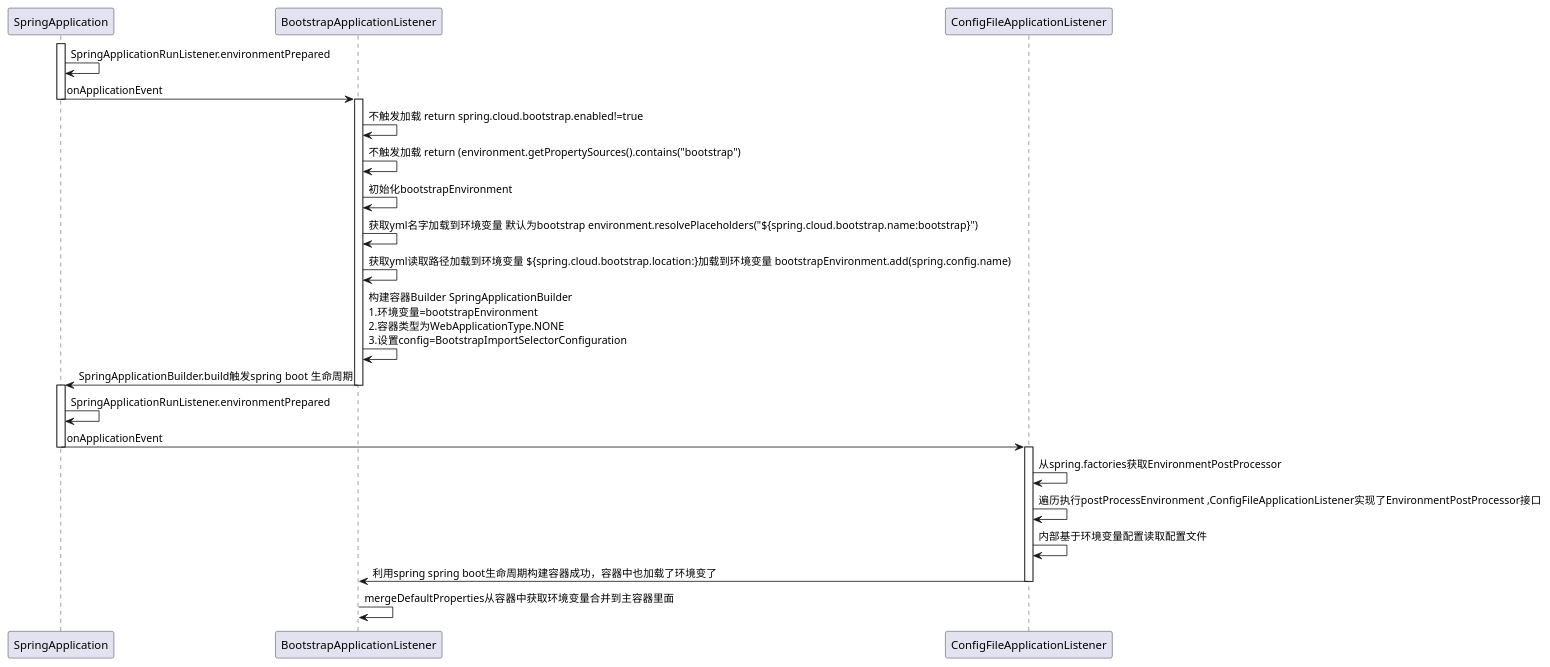
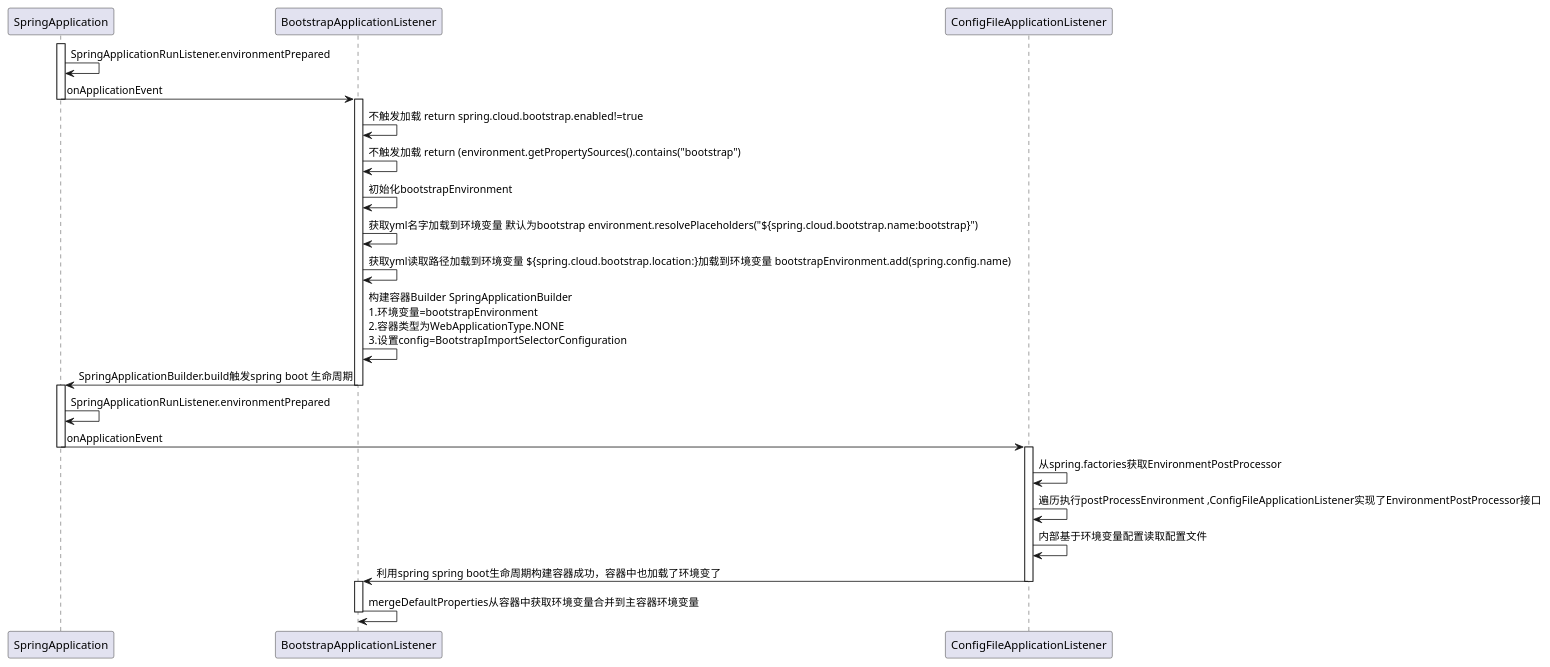
The diagram in spring/springboot/02加载环境变量/02bootstrapyml加载原理.puml (aa310958153/code-source-uml), drawn with PlantUML before and after one commit. The commit also changed 3 other files, not shown here.

```diff
--- a/spring/springboot/02加载环境变量/02bootstrapyml加载原理.puml
+++ b/spring/springboot/02加载环境变量/02bootstrapyml加载原理.puml
@@ -1,30 +1,31 @@
 @startuml
 participant "SpringApplication" as app
 participant "BootstrapApplicationListener" as listener
 participant "ConfigFileApplicationListener" as configFile
 activate app
 app->app:SpringApplicationRunListener.environmentPrepared
 app->listener:onApplicationEvent
 deactivate app
 activate listener
 listener->listener:不触发加载 return spring.cloud.bootstrap.enabled!=true
 listener->listener:不触发加载 return (environment.getPropertySources().contains("bootstrap")
 listener->listener:初始化bootstrapEnvironment
 listener->listener:获取yml名字加载到环境变量 默认为bootstrap environment.resolvePlaceholders("${spring.cloud.bootstrap.name:bootstrap}")
 listener->listener:获取yml读取路径加载到环境变量 ${spring.cloud.bootstrap.location:}加载到环境变量 bootstrapEnvironment.add(spring.config.name)
 listener->listener:构建容器Builder SpringApplicationBuilder\n1.环境变量=bootstrapEnvironment\n2.容器类型为WebApplicationType.NONE\n3.设置config=BootstrapImportSelectorConfiguration
 listener->app:SpringApplicationBuilder.build触发spring boot 生命周期
 deactivate listener
 activate app
 app->app:SpringApplicationRunListener.environmentPrepared
 app->configFile:onApplicationEvent
 deactivate app
 activate configFile
 configFile->configFile:从spring.factories获取EnvironmentPostProcessor
 configFile->configFile :遍历执行postProcessEnvironment ,ConfigFileApplicationListener实现了EnvironmentPostProcessor接口
 configFile->configFile :内部基于环境变量配置读取配置文件
 configFile->listener: 利用spring spring boot生命周期构建容器成功，容器中也加载了环境变了
 deactivate configFile
-listener->listener:mergeDefaultProperties从容器中获取环境变量合并到主容器里面
-
+activate listener
+listener->listener:mergeDefaultProperties从容器中获取环境变量合并到主容器环境变量
+deactivate
 @enduml
```
